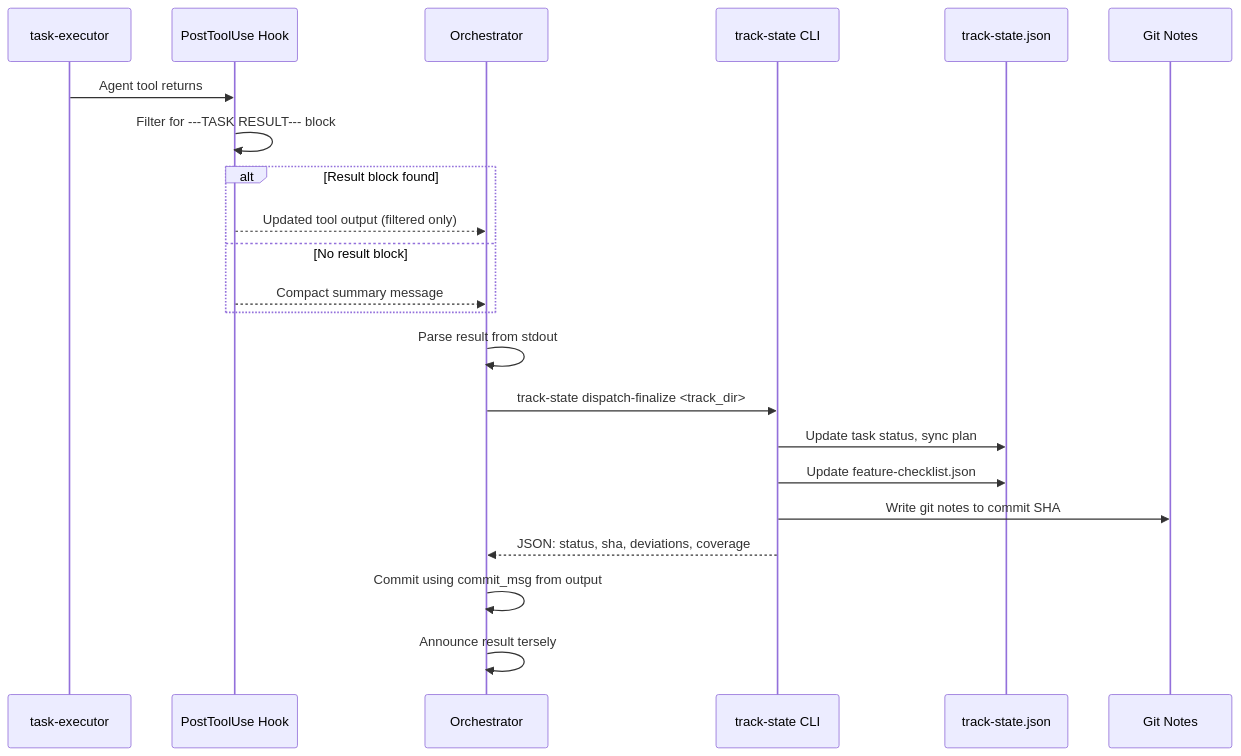
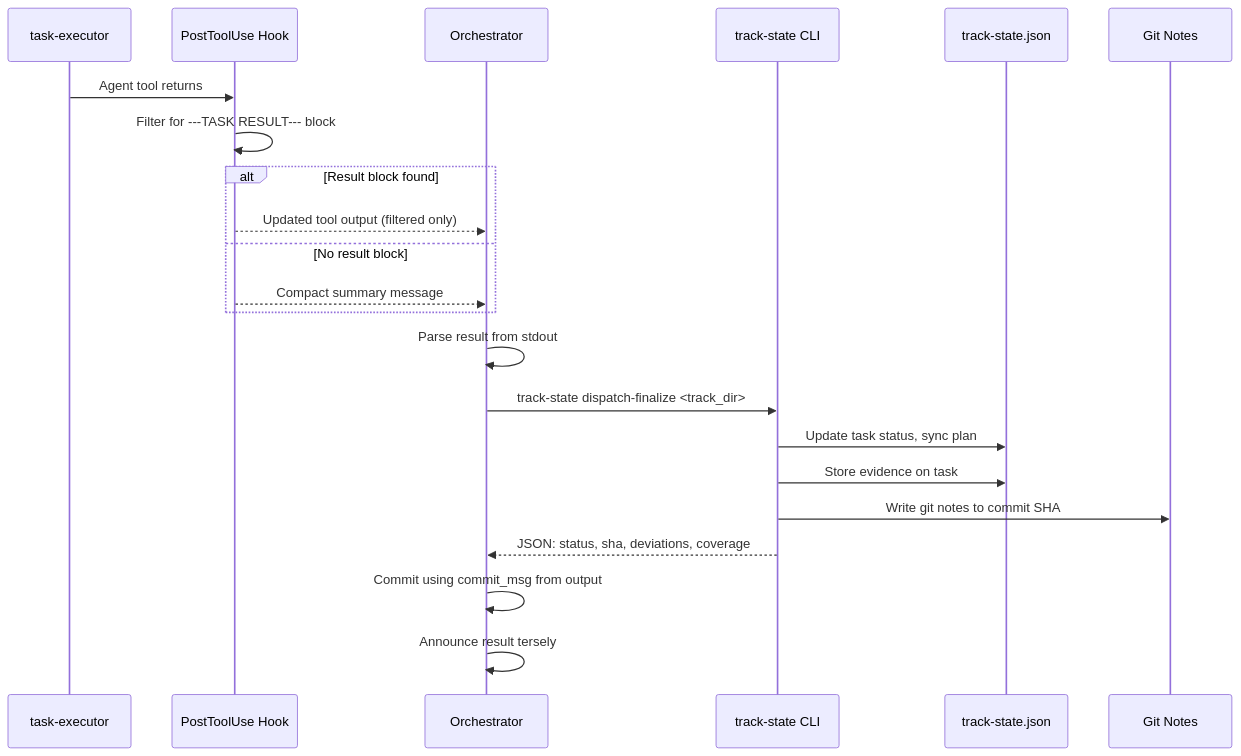
The fifth of 9 diagrams in developer/architecture/INTERACTION_MECHANISM.md (AtaraxiaEpiphany/conductor), drawn with Mermaid before and after one commit. The commit also changed other lines of this file and 8 other files, not shown here.

First line of the commit message:
refactor(state): merge feature-checklist.json into track-state.json

````diff
--- a/developer/architecture/INTERACTION_MECHANISM.md
+++ b/developer/architecture/INTERACTION_MECHANISM.md
@@ -196,25 +196,25 @@
 ```mermaid
 sequenceDiagram
     participant Subagent as task-executor
     participant Hook as PostToolUse Hook
     participant Skill as Orchestrator
     participant CLI as track-state CLI
     participant State as track-state.json
     participant Git as Git Notes
 
     Subagent->>Hook: Agent tool returns
     Hook->>Hook: Filter for ---TASK RESULT--- block
     alt Result block found
         Hook-->>Skill: Updated tool output (filtered only)
     else No result block
         Hook-->>Skill: Compact summary message
     end
     Skill->>Skill: Parse result from stdout
     Skill->>CLI: track-state dispatch-finalize <track_dir>
     CLI->>State: Update task status, sync plan
-    CLI->>State: Update feature-checklist.json
+    CLI->>State: Store evidence on task
     CLI->>Git: Write git notes to commit SHA
     CLI-->>Skill: JSON: status, sha, deviations, coverage
     Skill->>Skill: Commit using commit_msg from output
     Skill->>Skill: Announce result tersely
 ```
````
